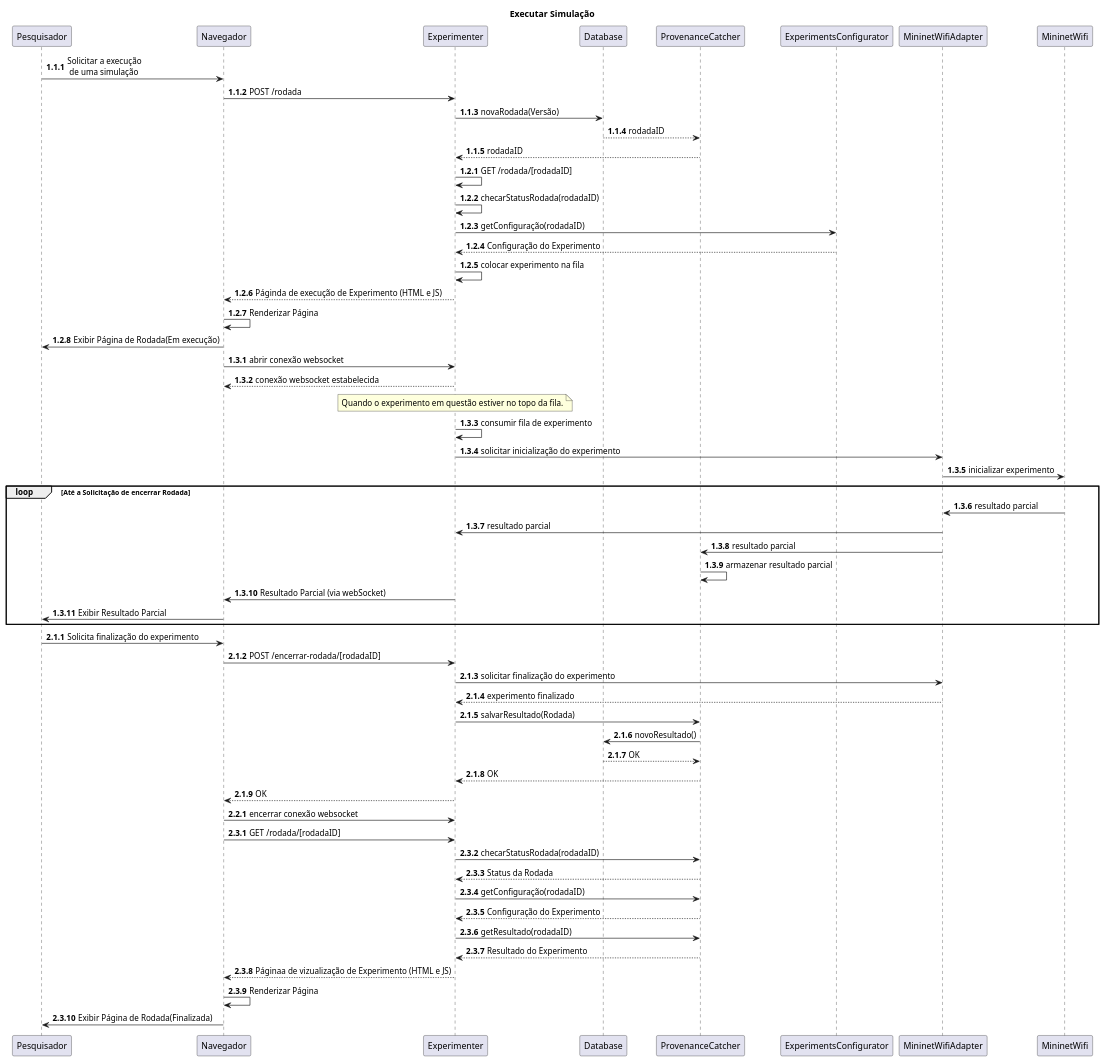
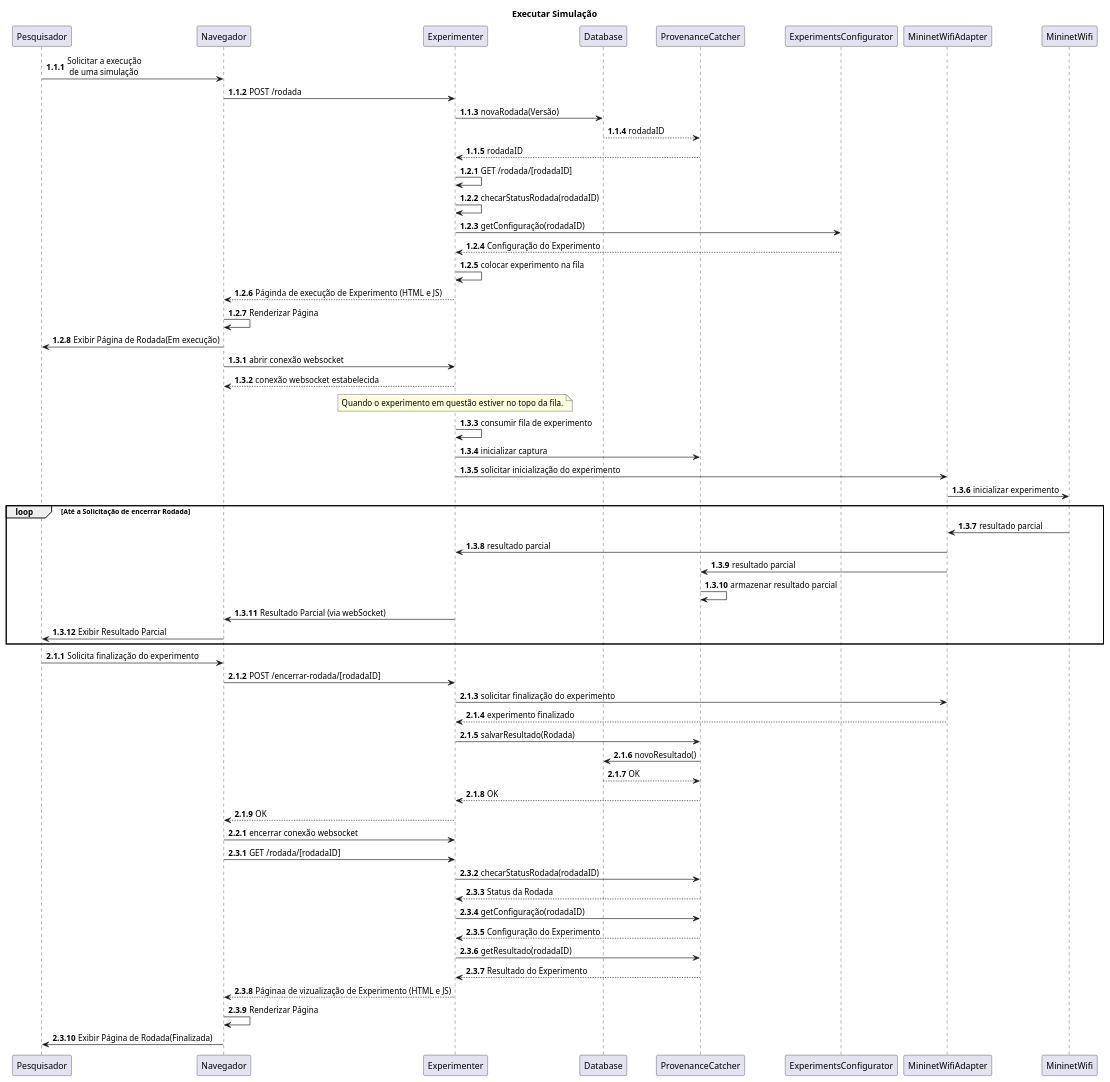
The diagram in docs/diagrams/src/sequenceDiagram.wsd (renanrodriguesmr/MiniManager), drawn with PlantUML before and after one commit. The commit also changed 16 other files, not shown here.

Commit message:
provenanceCatcher django app

```diff
--- a/docs/diagrams/src/sequenceDiagram.wsd
+++ b/docs/diagrams/src/sequenceDiagram.wsd
@@ -1,66 +1,67 @@
 @startuml Diagrama de Sequência
 title Executar Simulação
 autonumber 1.1.1
 
 Pesquisador -> Navegador: Solicitar a execução\n de uma simulação
 Navegador -> Experimenter: POST /rodada
 Experimenter -> Database: novaRodada(Versão)
 Database --> ProvenanceCatcher: rodadaID
 ProvenanceCatcher --> Experimenter: rodadaID
 
 autonumber inc B
 Experimenter -> Experimenter: GET /rodada/[rodadaID]
 Experimenter -> Experimenter: checarStatusRodada(rodadaID)
 Experimenter -> ExperimentsConfigurator: getConfiguração(rodadaID)
 ExperimentsConfigurator --> Experimenter: Configuração do Experimento
 Experimenter -> Experimenter: colocar experimento na fila
 Experimenter --> Navegador: Páginda de execução de Experimento (HTML e JS)
 Navegador -> Navegador: Renderizar Página
 Navegador -> Pesquisador: Exibir Página de Rodada(Em execução)
 
 autonumber inc B
 Navegador -> Experimenter: abrir conexão websocket
 Experimenter --> Navegador: conexão websocket estabelecida
 note over Experimenter: Quando o experimento em questão estiver no topo da fila.
 Experimenter -> Experimenter: consumir fila de experimento
+Experimenter -> ProvenanceCatcher: inicializar captura
 Experimenter -> MininetWifiAdapter: solicitar inicialização do experimento
 MininetWifiAdapter -> MininetWifi: inicializar experimento
 loop Até a Solicitação de encerrar Rodada
     MininetWifi -> MininetWifiAdapter: resultado parcial
     MininetWifiAdapter -> Experimenter: resultado parcial
     MininetWifiAdapter -> ProvenanceCatcher: resultado parcial
     ProvenanceCatcher -> ProvenanceCatcher: armazenar resultado parcial
     Experimenter -> Navegador: Resultado Parcial (via webSocket)
     Navegador -> Pesquisador: Exibir Resultado Parcial
 end
 
 autonumber inc A
 Pesquisador -> Navegador: Solicita finalização do experimento
 Navegador -> Experimenter: POST /encerrar-rodada/[rodadaID]
 Experimenter -> MininetWifiAdapter: solicitar finalização do experimento
 MininetWifiAdapter --> Experimenter: experimento finalizado
 Experimenter -> ProvenanceCatcher: salvarResultado(Rodada)
 ProvenanceCatcher -> Database: novoResultado()
 Database --> ProvenanceCatcher: OK
 ProvenanceCatcher --> Experimenter: OK
 Experimenter --> Navegador: OK
 
 autonumber inc B
 Navegador -> Experimenter: encerrar conexão websocket
 
 autonumber inc B
 Navegador -> Experimenter: GET /rodada/[rodadaID]
 Experimenter -> ProvenanceCatcher: checarStatusRodada(rodadaID)
 ProvenanceCatcher --> Experimenter: Status da Rodada
 Experimenter -> ProvenanceCatcher: getConfiguração(rodadaID)
 ProvenanceCatcher --> Experimenter: Configuração do Experimento
 Experimenter -> ProvenanceCatcher: getResultado(rodadaID)
 ProvenanceCatcher --> Experimenter: Resultado do Experimento
 Experimenter --> Navegador: Páginaa de vizualização de Experimento (HTML e JS)
 Navegador -> Navegador: Renderizar Página
 Navegador -> Pesquisador: Exibir Página de Rodada(Finalizada)
 
 
 
 
 @enduml
```
